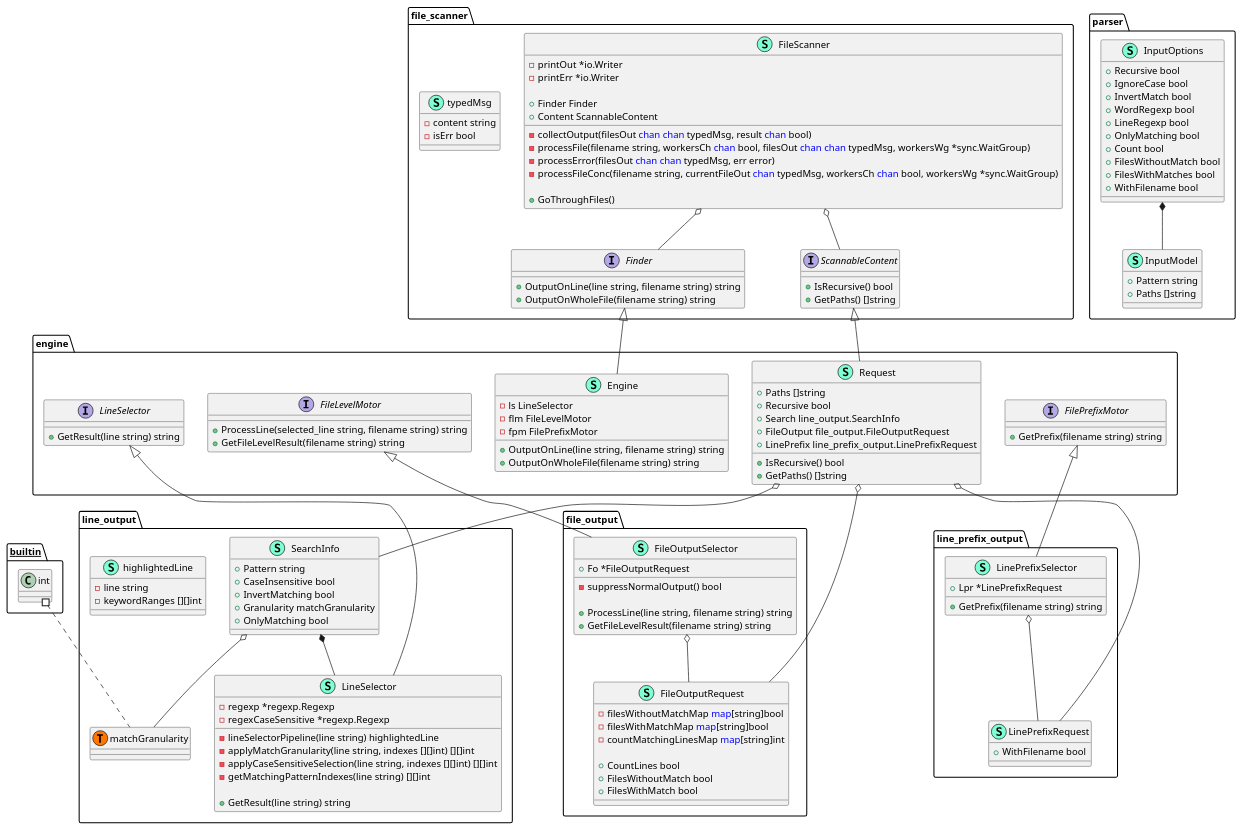
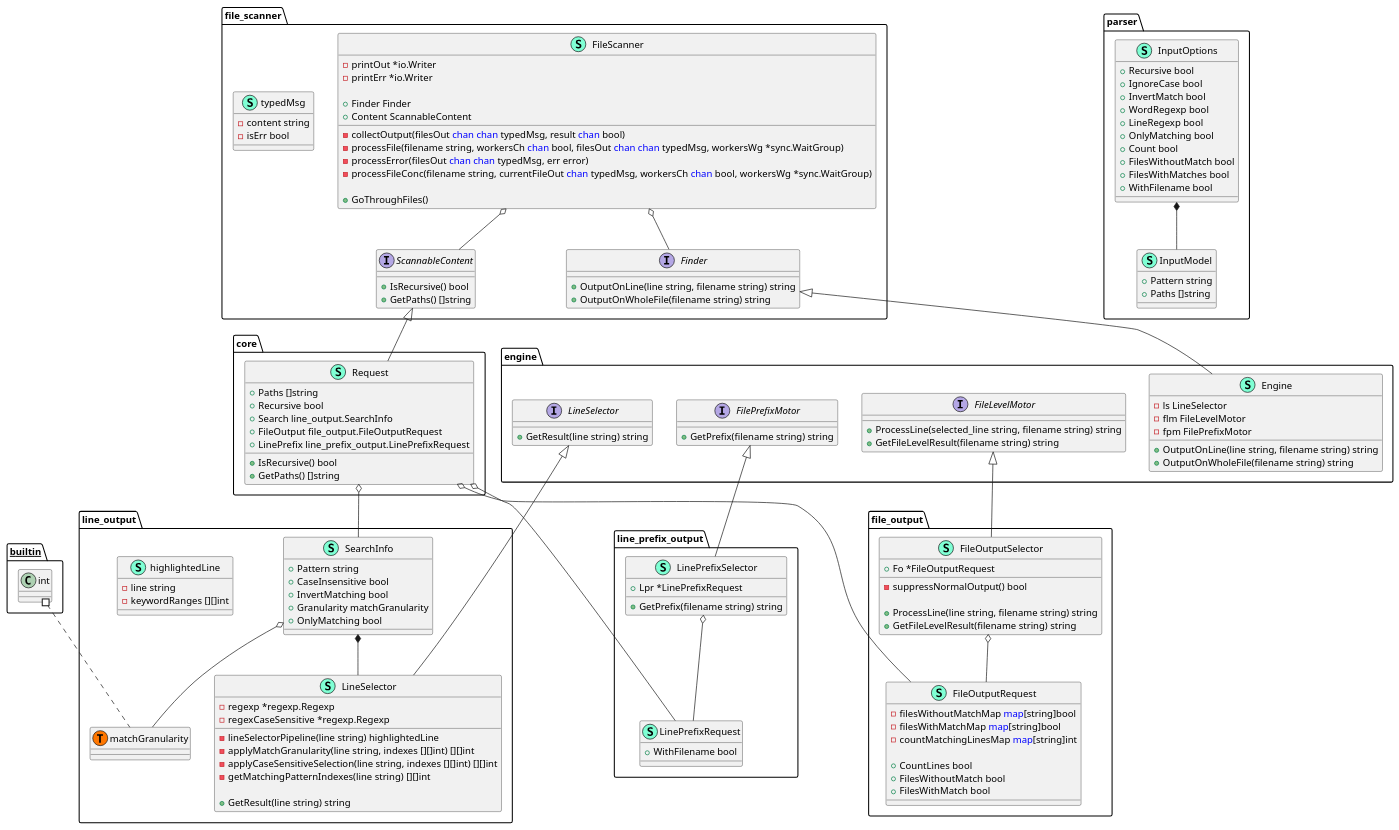
One commit to cmenseau/learning_go changed the diagram in 1_grep_like_tool/img/classdiagram.puml. Above: the diagram before and after it, drawn with PlantUML. The commit also changed 2 other files, not shown here.

```diff
--- a/1_grep_like_tool/img/classdiagram.puml
+++ b/1_grep_like_tool/img/classdiagram.puml
@@ -1,185 +1,190 @@
 @startuml
+namespace core {
+    class Request << (S,Aquamarine) >> {
+        + Paths []string
+        + Recursive bool
+        + Search line_output.SearchInfo
+        + FileOutput file_output.FileOutputRequest
+        + LinePrefix line_prefix_output.LinePrefixRequest
+
+        + IsRecursive() bool
+        + GetPaths() []string
+
+    }
+}
+
+"file_scanner.ScannableContent" <|-- "core.Request"
+
+"core.Request" o-- "file_output.FileOutputRequest"
+"core.Request" o-- "line_output.SearchInfo"
+"core.Request" o-- "line_prefix_output.LinePrefixRequest"
+
 namespace engine {
     class Engine << (S,Aquamarine) >> {
         - ls LineSelector
         - flm FileLevelMotor
         - fpm FilePrefixMotor
 
         + OutputOnLine(line string, filename string) string
         + OutputOnWholeFile(filename string) string
 
     }
     interface FileLevelMotor  {
         + ProcessLine(selected_line string, filename string) string
         + GetFileLevelResult(filename string) string
 
     }
     interface FilePrefixMotor  {
         + GetPrefix(filename string) string
 
     }
     interface LineSelector  {
         + GetResult(line string) string
 
     }
-    class Request << (S,Aquamarine) >> {
-        + Paths []string
-        + Recursive bool
-        + Search line_output.SearchInfo
-        + FileOutput file_output.FileOutputRequest
-        + LinePrefix line_prefix_output.LinePrefixRequest
-
-        + IsRecursive() bool
-        + GetPaths() []string
-
-    }
 }
 
 "file_scanner.Finder" <|-- "engine.Engine"
-"file_scanner.ScannableContent" <|-- "engine.Request"
 
-"engine.Request" o-- "file_output.FileOutputRequest"
-"engine.Request" o-- "line_output.SearchInfo"
-"engine.Request" o-- "line_prefix_output.LinePrefixRequest"
 
 namespace file_output {
     class FileOutputRequest << (S,Aquamarine) >> {
         - filesWithoutMatchMap <font color=blue>map</font>[string]bool
         - filesWithMatchMap <font color=blue>map</font>[string]bool
         - countMatchingLinesMap <font color=blue>map</font>[string]int
 
         + CountLines bool
         + FilesWithoutMatch bool
         + FilesWithMatch bool
 
     }
     class FileOutputSelector << (S,Aquamarine) >> {
         + Fo *FileOutputRequest
 
         - suppressNormalOutput() bool
 
         + ProcessLine(line string, filename string) string
         + GetFileLevelResult(filename string) string
 
     }
 }
 
 "engine.FileLevelMotor" <|-- "file_output.FileOutputSelector"
 
 "file_output.FileOutputSelector" o-- "file_output.FileOutputRequest"
 
 namespace file_scanner {
     class FileScanner << (S,Aquamarine) >> {
         - printOut *io.Writer
         - printErr *io.Writer
 
         + Finder Finder
         + Content ScannableContent
 
         - collectOutput(filesOut <font color=blue>chan</font> <font color=blue>chan</font> typedMsg, result <font color=blue>chan</font> bool) 
         - processFile(filename string, workersCh <font color=blue>chan</font> bool, filesOut <font color=blue>chan</font> <font color=blue>chan</font> typedMsg, workersWg *sync.WaitGroup) 
         - processError(filesOut <font color=blue>chan</font> <font color=blue>chan</font> typedMsg, err error) 
         - processFileConc(filename string, currentFileOut <font color=blue>chan</font> typedMsg, workersCh <font color=blue>chan</font> bool, workersWg *sync.WaitGroup) 
 
         + GoThroughFiles() 
 
     }
     interface Finder  {
         + OutputOnLine(line string, filename string) string
         + OutputOnWholeFile(filename string) string
 
     }
     interface ScannableContent  {
         + IsRecursive() bool
         + GetPaths() []string
 
     }
     class typedMsg << (S,Aquamarine) >> {
         - content string
         - isErr bool
 
     }
 }
 
 
 "file_scanner.FileScanner" o-- "file_scanner.Finder"
 "file_scanner.FileScanner" o-- "file_scanner.ScannableContent"
 
 namespace line_output {
     class LineSelector << (S,Aquamarine) >> {
         - regexp *regexp.Regexp
         - regexCaseSensitive *regexp.Regexp
 
         - lineSelectorPipeline(line string) highlightedLine
         - applyMatchGranularity(line string, indexes [][]int) [][]int
         - applyCaseSensitiveSelection(line string, indexes [][]int) [][]int
         - getMatchingPatternIndexes(line string) [][]int
 
         + GetResult(line string) string
 
     }
     class SearchInfo << (S,Aquamarine) >> {
         + Pattern string
         + CaseInsensitive bool
         + InvertMatching bool
         + Granularity matchGranularity
         + OnlyMatching bool
 
     }
     class highlightedLine << (S,Aquamarine) >> {
         - line string
         - keywordRanges [][]int
 
     }
     class line_output.matchGranularity << (T, #FF7700) >>  {
     }
 }
 "line_output.SearchInfo" *-- "line_output.LineSelector"
 
 "engine.LineSelector" <|-- "line_output.LineSelector"
 
 "line_output.SearchInfo" o-- "line_output.matchGranularity"
 
 namespace line_prefix_output {
     class LinePrefixRequest << (S,Aquamarine) >> {
         + WithFilename bool
 
     }
     class LinePrefixSelector << (S,Aquamarine) >> {
         + Lpr *LinePrefixRequest
 
         + GetPrefix(filename string) string
 
     }
 }
 
 "engine.FilePrefixMotor" <|-- "line_prefix_output.LinePrefixSelector"
 
 "line_prefix_output.LinePrefixSelector" o-- "line_prefix_output.LinePrefixRequest"
 
 namespace parser {
     class InputModel << (S,Aquamarine) >> {
         + Pattern string
         + Paths []string
 
     }
     class InputOptions << (S,Aquamarine) >> {
         + Recursive bool
         + IgnoreCase bool
         + InvertMatch bool
         + WordRegexp bool
         + LineRegexp bool
         + OnlyMatching bool
         + Count bool
         + FilesWithoutMatch bool
         + FilesWithMatches bool
         + WithFilename bool
 
     }
 }
 "parser.InputOptions" *-- "parser.InputModel"
 
 
 
 "__builtin__.int" #.. "line_output.matchGranularity"
 @enduml
```
